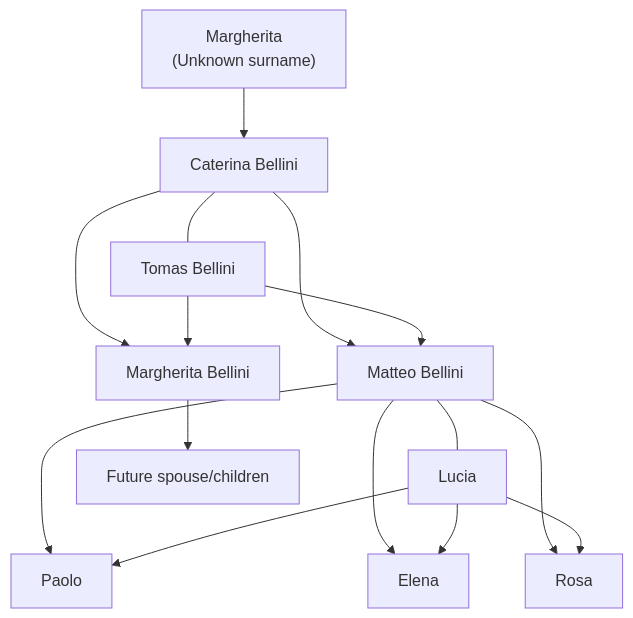
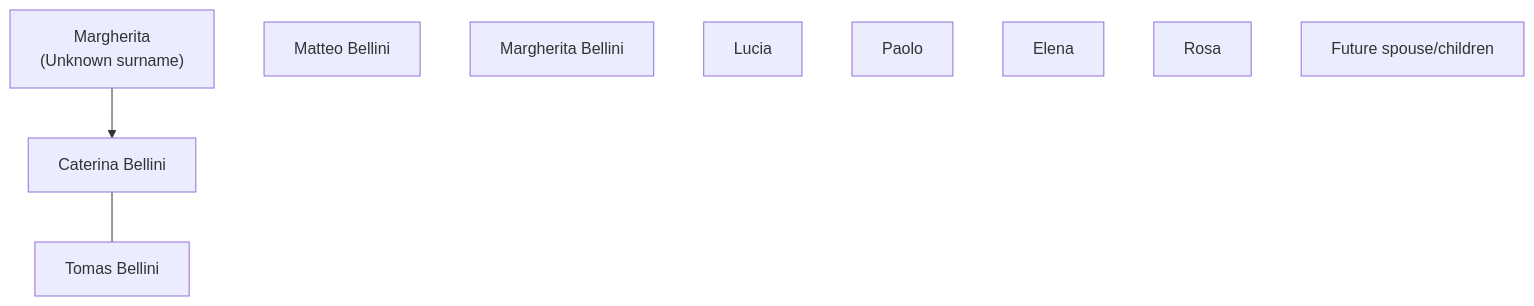
Before and after one commit to theBreezySystem/BreezySystembooks: the diagram in 1Who/Families/B/Bellini.md, drawn with Mermaid.

Commit message:
Fix formatting in Bellini.md

````diff
--- a/1Who/Families/B/Bellini.md
+++ b/1Who/Families/B/Bellini.md
@@ -3,45 +3,27 @@
 ```mermaid
 flowchart TD
 
 %% Grandparents
 GM["Margherita<br/>(Unknown surname)"]
 
 %% Parents
 C["Caterina Bellini"]
 T["Tomas Bellini"]
 
 %% Children
 M["Matteo Bellini"]
 MS["Margherita Bellini"]
 
 %% Matteo's family
 L["Lucia"]
 P["Paolo"]
 E["Elena"]
 R["Rosa"]
 
 %% Future branch
 Future["Future spouse/children"]
 
 GM --> C
 
 C --- T
-
-C --> M
-C --> MS
-
-T --> M
-T --> MS
-
-M --- L
-
-M --> P
-M --> E
-M --> R
-
-L --> P
-L --> E
-L --> R
-
-MS --> Future
 ```
````
